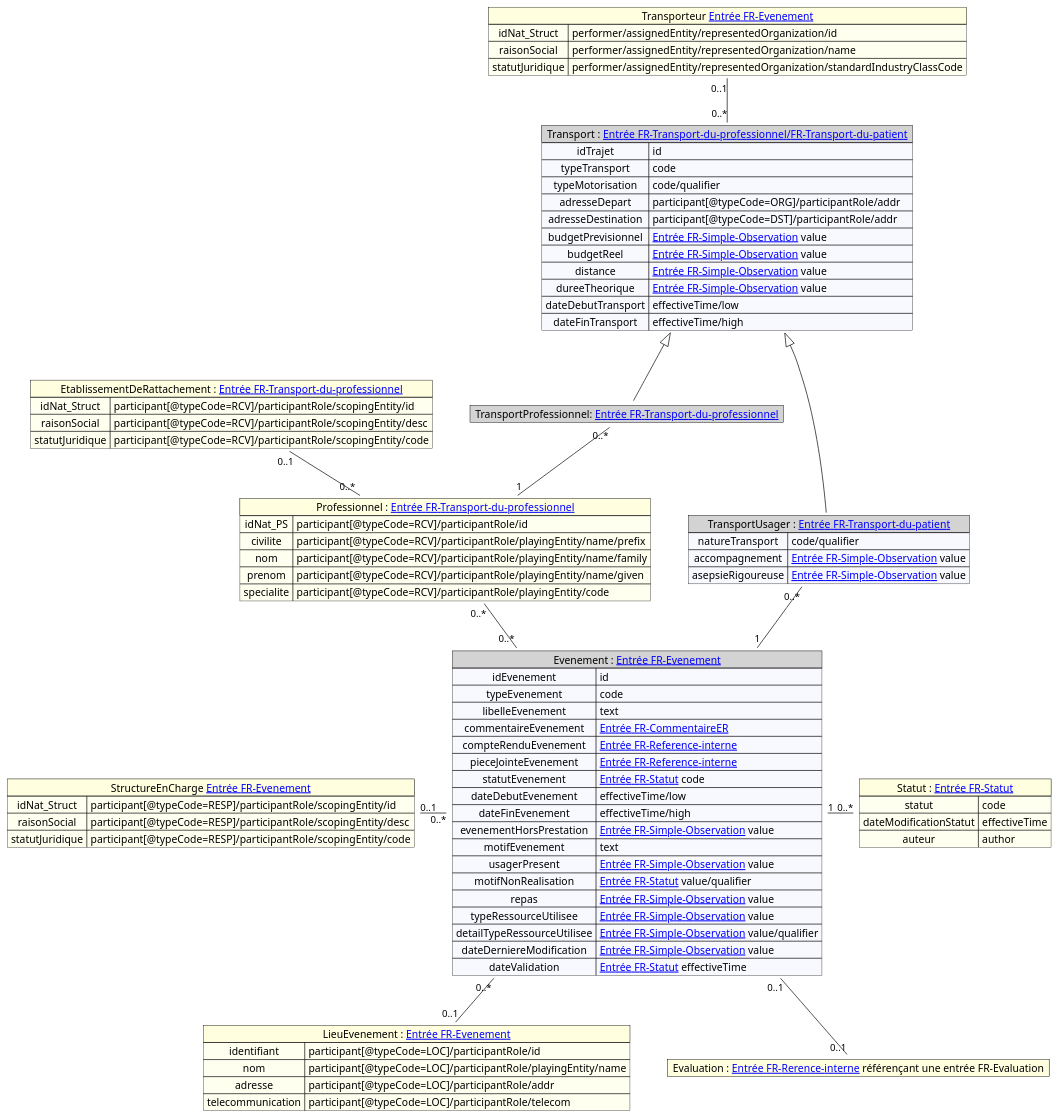
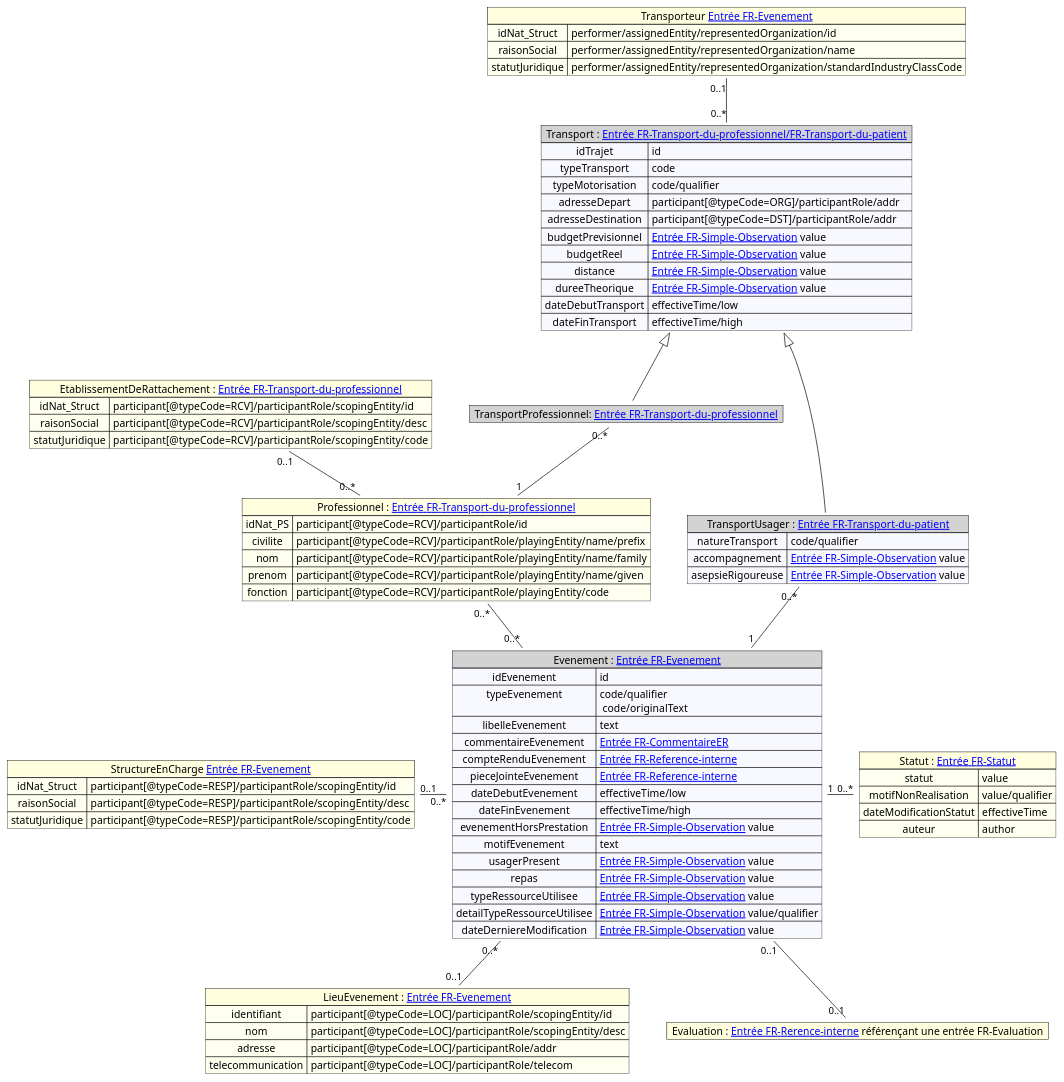
One commit to ansforge/IG-fhir-transfert-donnees-dui-esms changed the diagram in input/images-source/mapping_evenement.plantuml. Above: the diagram before and after it, drawn with PlantUML. The commit also changed 4 other files, not shown here.

```diff
--- a/input/images-source/mapping_evenement.plantuml
+++ b/input/images-source/mapping_evenement.plantuml
@@ -1,107 +1,105 @@
 @startuml
 
 
 map "Evenement : [[contenu_dossier_corps_cda.html Entrée FR-Evenement]]" as Evenement #back:ghostWhite;header:LightGray {
     idEvenement => id
-    typeEvenement => code
+    typeEvenement => code/qualifier \n code/originalText
     libelleEvenement => text
     commentaireEvenement => [[contenu_dossier_corps_cda.html Entrée FR-CommentaireER]]
     compteRenduEvenement => [[contenu_dossier_corps_cda.html Entrée FR-Reference-interne]]
     pieceJointeEvenement => [[contenu_dossier_corps_cda.html Entrée FR-Reference-interne]]
-    statutEvenement => [[contenu_dossier_corps_cda.html Entrée FR-Statut]] code
     dateDebutEvenement => effectiveTime/low
     dateFinEvenement => effectiveTime/high
     evenementHorsPrestation => [[contenu_dossier_corps_cda.html Entrée FR-Simple-Observation]] value
     motifEvenement => text
     usagerPresent => [[contenu_dossier_corps_cda.html Entrée FR-Simple-Observation]] value
-    motifNonRealisation => [[contenu_dossier_corps_cda.html Entrée FR-Statut]] value/qualifier 
     repas => [[contenu_dossier_corps_cda.html Entrée FR-Simple-Observation]] value
     typeRessourceUtilisee => [[contenu_dossier_corps_cda.html Entrée FR-Simple-Observation]] value
     detailTypeRessourceUtilisee => [[contenu_dossier_corps_cda.html Entrée FR-Simple-Observation]] value/qualifier
     dateDerniereModification => [[contenu_dossier_corps_cda.html Entrée FR-Simple-Observation]] value
-    dateValidation => [[contenu_dossier_corps_cda.html Entrée FR-Statut]] effectiveTime
 }
 map "Transport : [[contenu_dossier_corps_cda.html Entrée FR-Transport-du-professionnel/FR-Transport-du-patient]]" as Transport#back:ghostWhite;header:LightGray {
     idTrajet => id
     typeTransport => code
     typeMotorisation => code/qualifier
     adresseDepart => participant[@typeCode=ORG]/participantRole/addr
     adresseDestination => participant[@typeCode=DST]/participantRole/addr
     budgetPrevisionnel => [[contenu_dossier_corps_cda.html Entrée FR-Simple-Observation]] value
     budgetReel => [[contenu_dossier_corps_cda.html Entrée FR-Simple-Observation]] value
     distance => [[contenu_dossier_corps_cda.html Entrée FR-Simple-Observation]] value
     dureeTheorique => [[contenu_dossier_corps_cda.html Entrée FR-Simple-Observation]] value
     dateDebutTransport => effectiveTime/low
     dateFinTransport => effectiveTime/high
 
 }
 map "Professionnel : [[contenu_dossier_corps_cda.html Entrée FR-Transport-du-professionnel]]" as Professionnel #back:Ivory;header:LightYellow  {
     idNat_PS => participant[@typeCode=RCV]/participantRole/id
     civilite => participant[@typeCode=RCV]/participantRole/playingEntity/name/prefix
     nom => participant[@typeCode=RCV]/participantRole/playingEntity/name/family
     prenom => participant[@typeCode=RCV]/participantRole/playingEntity/name/given
-    specialite => participant[@typeCode=RCV]/participantRole/playingEntity/code
+    fonction => participant[@typeCode=RCV]/participantRole/playingEntity/code
 }
 
 map "EtablissementDeRattachement : [[contenu_dossier_corps_cda.html Entrée FR-Transport-du-professionnel]]" as etablissementDeRattachement #back:Ivory;header:LightYellow {
     idNat_Struct => participant[@typeCode=RCV]/participantRole/scopingEntity/id
     raisonSocial => participant[@typeCode=RCV]/participantRole/scopingEntity/desc
     statutJuridique => participant[@typeCode=RCV]/participantRole/scopingEntity/code
 }
 
 map "Transporteur [[contenu_dossier_corps_cda.html Entrée FR-Evenement]]" as transporteur #back:Ivory;header:LightYellow  {
     idNat_Struct => performer/assignedEntity/representedOrganization/id
     raisonSocial => performer/assignedEntity/representedOrganization/name
     statutJuridique =>  performer/assignedEntity/representedOrganization/standardIndustryClassCode
 }
 
 map "StructureEnCharge [[contenu_dossier_corps_cda.html Entrée FR-Evenement]]" as structureEnCharge #back:Ivory;header:LightYellow  {
     idNat_Struct => participant[@typeCode=RESP]/participantRole/scopingEntity/id
     raisonSocial => participant[@typeCode=RESP]/participantRole/scopingEntity/desc
     statutJuridique => participant[@typeCode=RESP]/participantRole/scopingEntity/code
 }
 
 
 map "TransportProfessionnel: [[contenu_dossier_corps_cda.html Entrée FR-Transport-du-professionnel]]" as TransportPro#back:ghostWhite;header:LightGray {
 }
 
 
 
 map "TransportUsager : [[contenu_dossier_corps_cda.html Entrée FR-Transport-du-patient]]" as TransportUsager#back:ghostWhite;header:LightGray {
     natureTransport => code/qualifier
     accompagnement => [[contenu_dossier_corps_cda.html Entrée FR-Simple-Observation]] value
     asepsieRigoureuse => [[contenu_dossier_corps_cda.html Entrée FR-Simple-Observation]] value
 }
 
 map "LieuEvenement : [[contenu_dossier_corps_cda.html Entrée FR-Evenement]]" as Lieu #back:Ivory;header:LightYellow  {
-    identifiant => participant[@typeCode=LOC]/participantRole/id    
-    nom => participant[@typeCode=LOC]/participantRole/playingEntity/name
+    identifiant => participant[@typeCode=LOC]/participantRole/scopingEntity/id    
+    nom => participant[@typeCode=LOC]/participantRole/scopingEntity/desc
     adresse => participant[@typeCode=LOC]/participantRole/addr
     telecommunication => participant[@typeCode=LOC]/participantRole/telecom 
 }
 
 map "Evaluation : [[contenu_dossier_corps_cda.html Entrée FR-Rerence-interne]] référençant une entrée FR-Evaluation" as Evaluation #back:Ivory;header:LightYellow {
 }
 
 map "Statut : [[contenu_dossier_corps_cda.html Entrée FR-Statut]]" as Statut #back:Ivory;header:LightYellow{
-    statut => code
+    statut => value
+    motifNonRealisation => value/qualifier
     dateModificationStatut => effectiveTime
     auteur => author
 }
 
 
 Evenement "0..*" -- "0..1" Lieu  
 Professionnel "0..*" -- "0..*" Evenement
 structureEnCharge "0..1" -right- "0..*" Evenement
 Transport <|-- TransportPro
 Transport <|-- TransportUsager
 TransportUsager "0..*" -- "1" Evenement
 TransportPro "0..*" -- "1" Professionnel
 Evenement "0..1" -- "0..1" Evaluation
 Evenement "1" -right- "0..*" Statut
 transporteur "0..1" -- "0..*" Transport
 etablissementDeRattachement "0..1" -- "0..*" Professionnel
 
 
 
 @enduml
```
